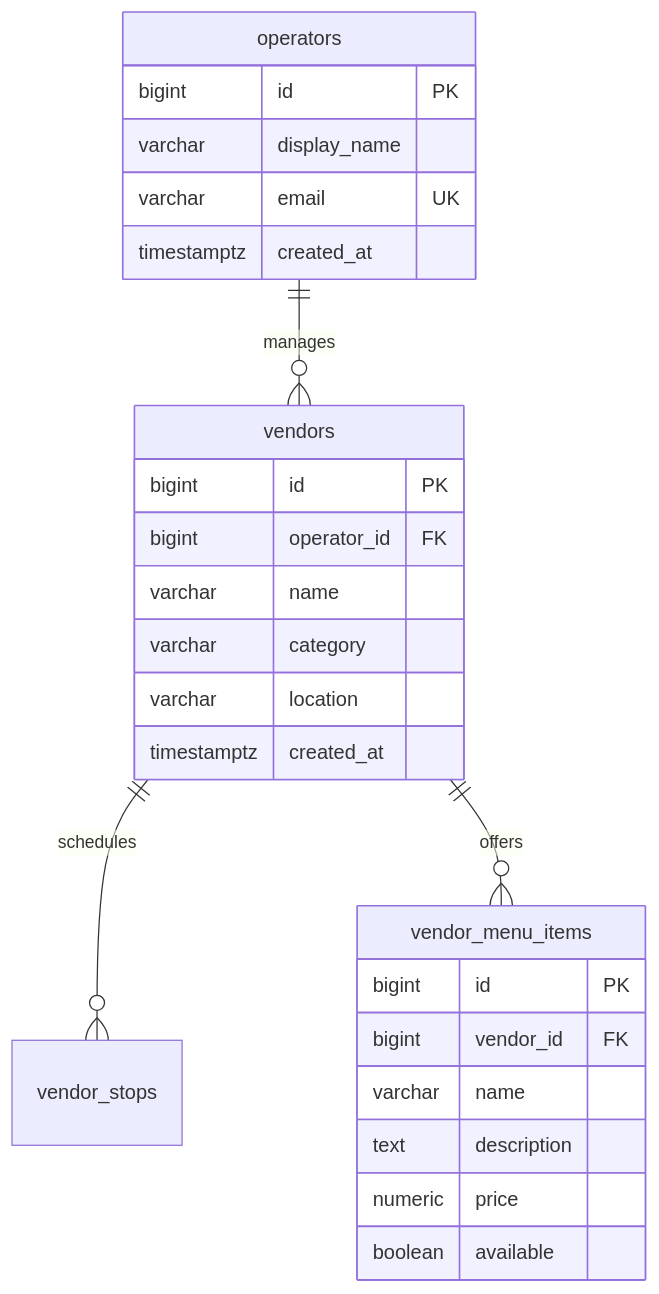
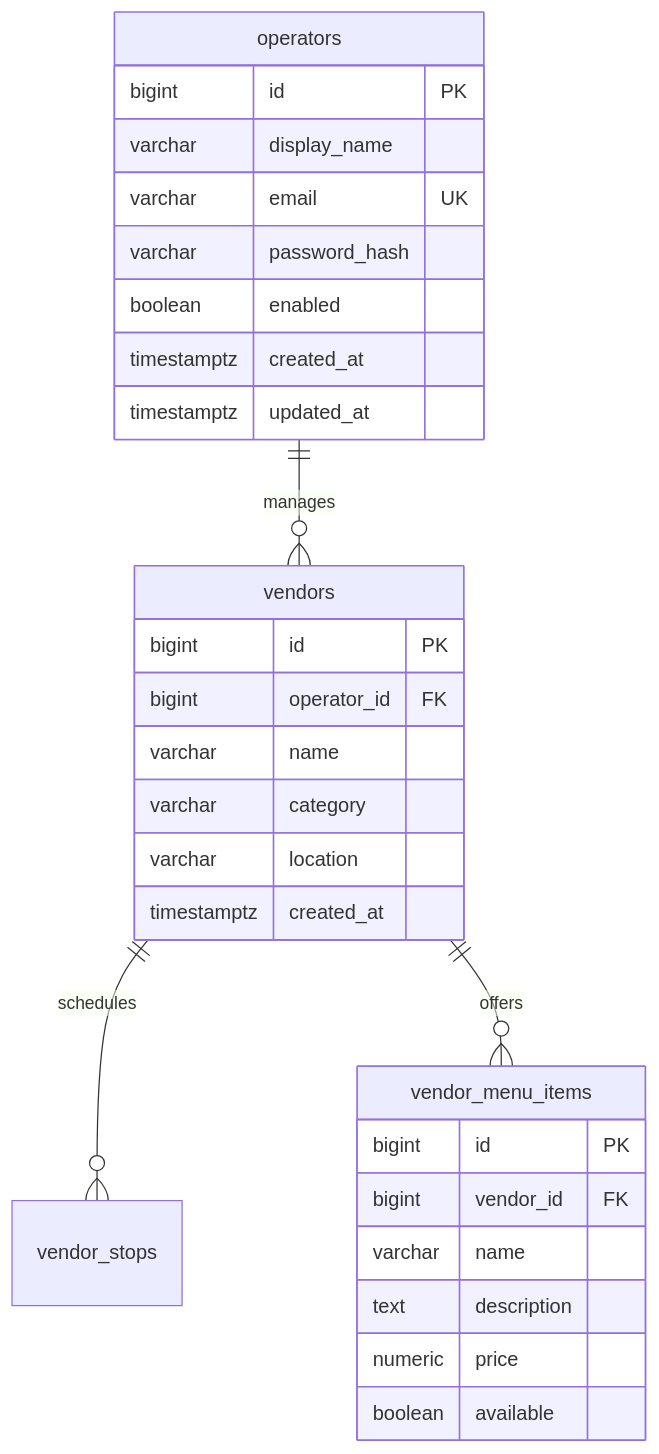
Before and after one commit to BiteMap-Project/BiteMap-FoodTruck: the second of 2 diagrams in docs/database/README.md, drawn with Mermaid. The commit also changed other lines of this file, not shown here.

````diff
--- a/docs/database/README.md
+++ b/docs/database/README.md
@@ -56,31 +56,34 @@
 ```mermaid
 erDiagram
     operators ||--o{ vendors : manages
     vendors ||--o{ vendor_stops : schedules
     vendors ||--o{ vendor_menu_items : offers
 
     operators {
         bigint id PK
         varchar display_name
         varchar email UK
+        varchar password_hash
+        boolean enabled
         timestamptz created_at
+        timestamptz updated_at
     }
 
     vendors {
         bigint id PK
         bigint operator_id FK
         varchar name
         varchar category
         varchar location
         timestamptz created_at
     }
 
     vendor_menu_items {
         bigint id PK
         bigint vendor_id FK
         varchar name
         text description
         numeric price
         boolean available
     }
 ```
````
